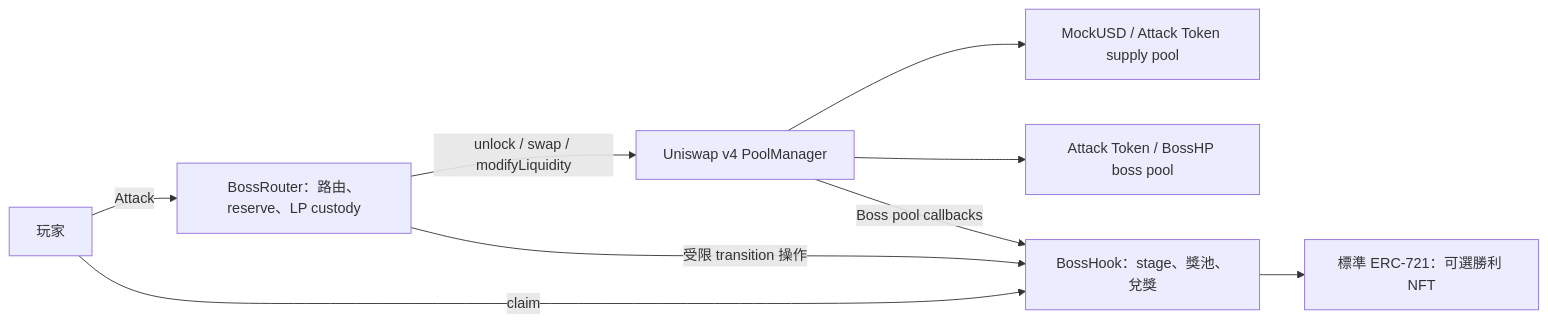
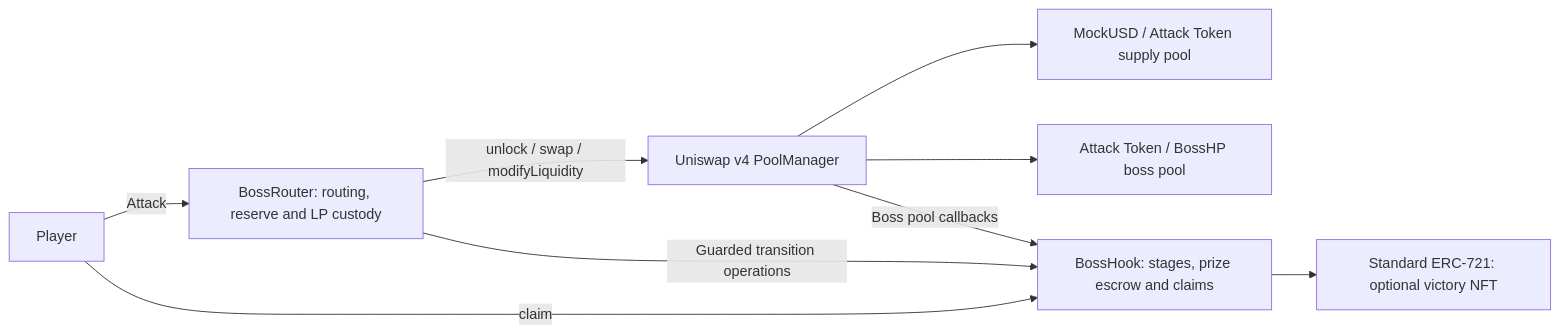
Before and after one commit to 0xroylee/eth-global-2026-tokyo: the third of 5 diagrams in docs/contract-game-diagrams.md, drawn with Mermaid. The commit also changed other lines of this file and 1 other file, not shown here.

````diff
--- a/docs/contract-game-diagrams.md
+++ b/docs/contract-game-diagrams.md
@@ -50,11 +50,11 @@
 ```mermaid
 flowchart LR
-    W["玩家"] -->|Attack| R["BossRouter：路由、reserve、LP custody"]
+    W["Player"] -->|Attack| R["BossRouter: routing, reserve and LP custody"]
     R -->|unlock / swap / modifyLiquidity| PM["Uniswap v4 PoolManager"]
     PM --> S["MockUSD / Attack Token supply pool"]
     PM --> B["Attack Token / BossHP boss pool"]
-    PM -->|Boss pool callbacks| H["BossHook：stage、獎池、兌獎"]
-    R -->|受限 transition 操作| H
+    PM -->|Boss pool callbacks| H["BossHook: stages, prize escrow and claims"]
+    R -->|Guarded transition operations| H
     W -->|claim| H
-    H --> C["標準 ERC-721：可選勝利 NFT"]
+    H --> C["Standard ERC-721: optional victory NFT"]
 ```
````
